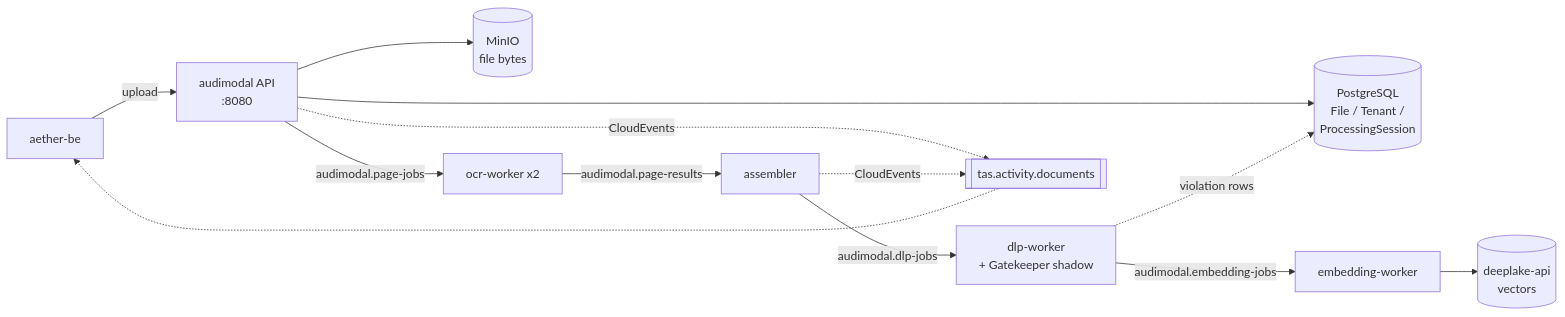
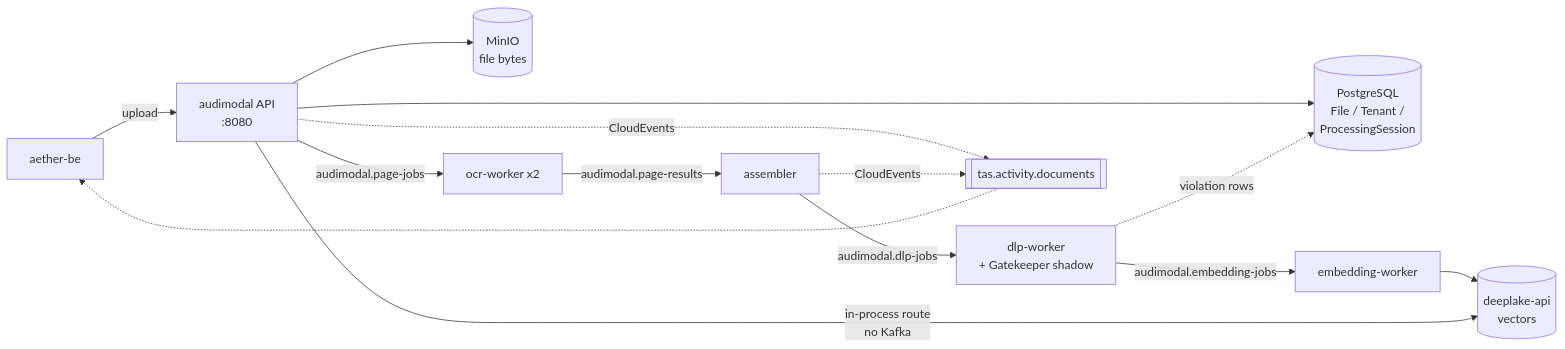
Before and after one commit to Tributary-ai-services/audimodal: the diagram in README.md, drawn with Mermaid. The commit also changed other lines of this file, not shown here.

````diff
--- a/README.md
+++ b/README.md
@@ -196,15 +234,16 @@
 ```mermaid
 flowchart LR
     A[aether-be] -->|upload| S[audimodal API<br/>:8080]
     S --> M[(MinIO<br/>file bytes)]
     S --> P[(PostgreSQL<br/>File / Tenant /<br/>ProcessingSession)]
     S -->|audimodal.page-jobs| O[ocr-worker x2]
     O -->|audimodal.page-results| AS[assembler]
     AS -->|audimodal.dlp-jobs| D[dlp-worker<br/>+ Gatekeeper shadow]
     D -->|audimodal.embedding-jobs| E[embedding-worker]
     E --> DL[(deeplake-api<br/>vectors)]
+    S -->|in-process route<br/>no Kafka| DL
     D -.->|violation rows| P
     S -.->|CloudEvents| T[[tas.activity.documents]]
     AS -.->|CloudEvents| T
     T -.-> A
 ```
````
